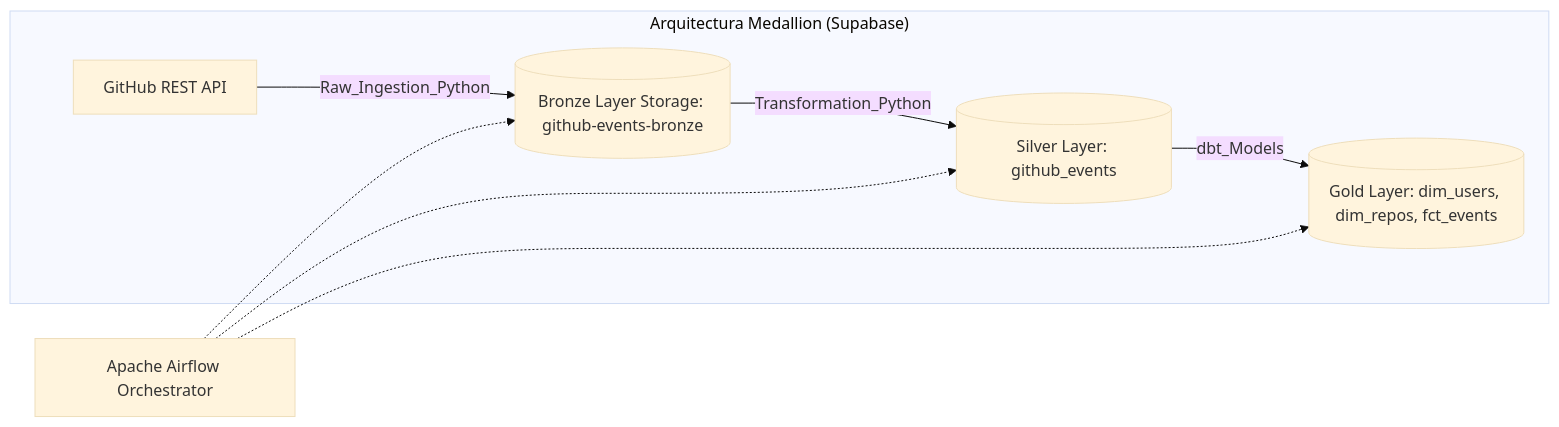
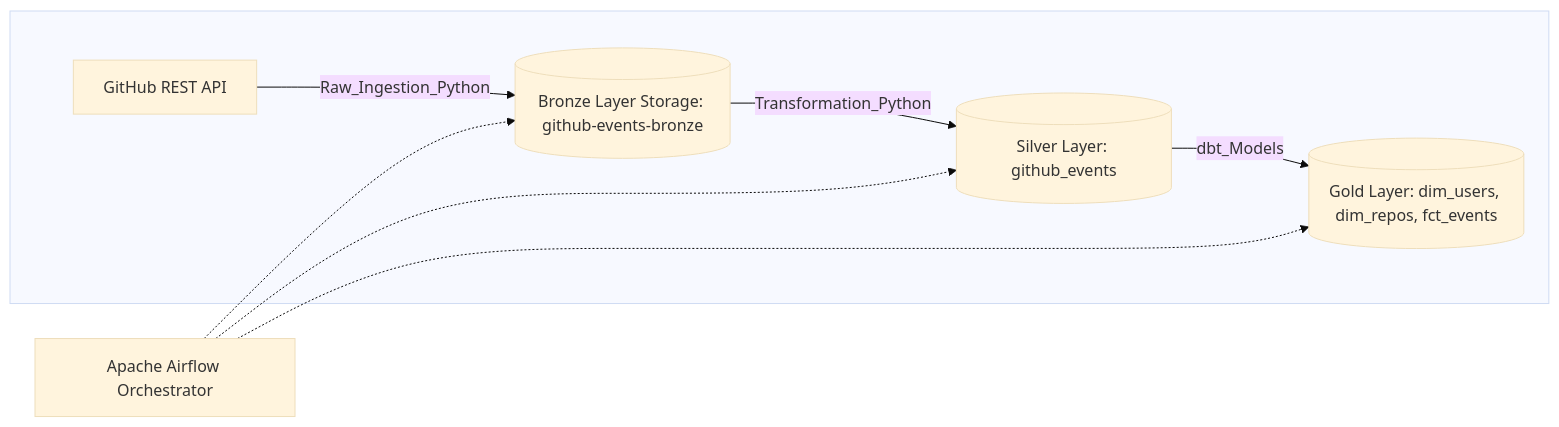
The first of 4 diagrams in README.md (oelasmar/github-events-analytics), drawn with Mermaid (base theme) before and after one commit. The commit also changed other lines of this file and 14 other files, not shown here.

````diff
--- a/README.md
+++ b/README.md
@@ -16,15 +18,15 @@
 ```mermaid
 graph LR
-    subgraph "Arquitectura Medallion (Supabase)"
+    subgraph " "
         GH_API[GitHub REST API] -->|Raw_Ingestion_Python| BRONZE[(Bronze Layer Storage: github-events-bronze)]
         BRONZE -->|Transformation_Python| SILVER[(Silver Layer: github_events)]
         SILVER -->|dbt_Models| GOLD[(Gold Layer: dim_users, dim_repos, fct_events)]
     end
 
     AIRFLOW[Apache Airflow Orchestrator]
 
     AIRFLOW -.-> BRONZE
     AIRFLOW -.-> SILVER
     AIRFLOW -.-> GOLD
 
 ```
````
